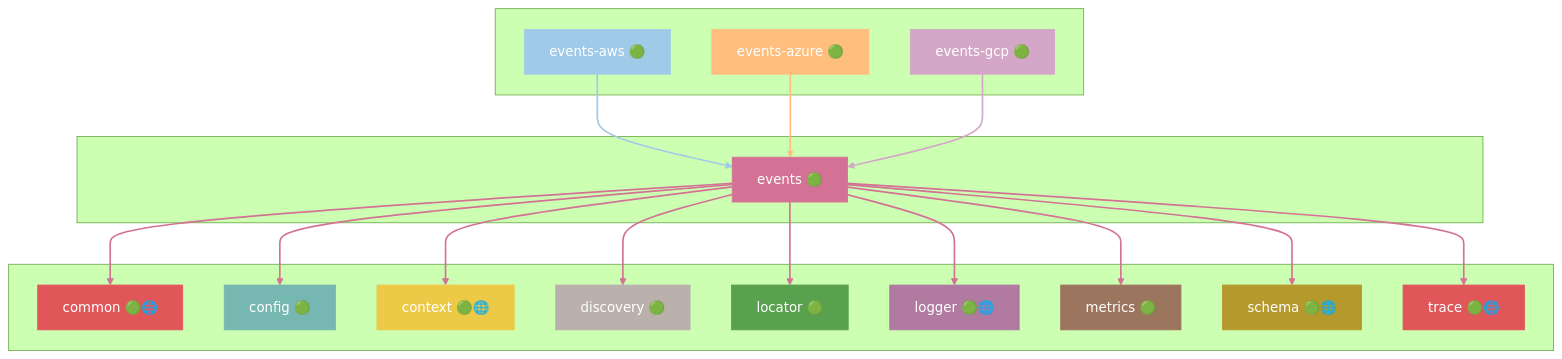
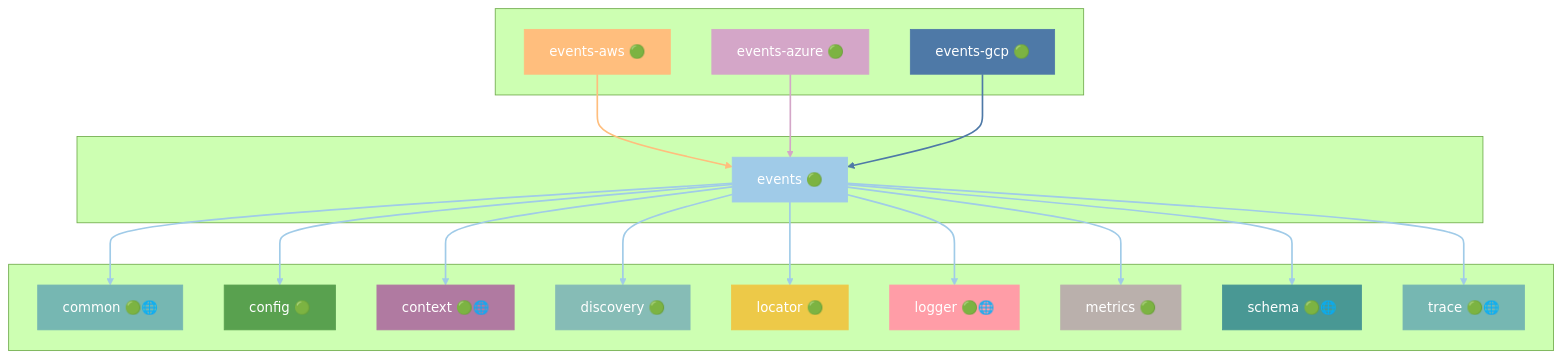
One commit to grest-ts/grest-ts changed diagram 17 of 43 in docs/DEPENDENCIES.md. Above: the diagram before and after it, drawn with Mermaid (forest theme). The commit also changed other lines of this file and 86 other files, not shown here.

````diff
--- a/docs/DEPENDENCIES.md
+++ b/docs/DEPENDENCIES.md
@@ -847,59 +897,59 @@
 ```mermaid
 flowchart TB
     subgraph Dependents[" "]
         events-aws["events-aws 🟢"]
         events-azure["events-azure 🟢"]
         events-gcp["events-gcp 🟢"]
     end
     subgraph Package[" "]
         events["events 🟢"]
     end
     subgraph Dependencies[" "]
         common["common 🟢🌐"]
         config["config 🟢"]
         context["context 🟢🌐"]
         discovery["discovery 🟢"]
         locator["locator 🟢"]
         logger["logger 🟢🌐"]
         metrics["metrics 🟢"]
         schema["schema 🟢🌐"]
         trace["trace 🟢🌐"]
     end
     events-aws --> events
     events-azure --> events
     events-gcp --> events
     events --> common
     events --> config
     events --> context
     events --> discovery
     events --> locator
     events --> logger
     events --> metrics
     events --> schema
     events --> trace
-    style events fill:#D37295,stroke:#D37295,color:#fff
-    style events-aws fill:#A0CBE8,stroke:#A0CBE8,color:#fff
-    style events-azure fill:#FFBE7D,stroke:#FFBE7D,color:#fff
-    style events-gcp fill:#D4A6C8,stroke:#D4A6C8,color:#fff
-    style common fill:#E15759,stroke:#E15759,color:#fff
-    style config fill:#76B7B2,stroke:#76B7B2,color:#fff
-    style context fill:#EDC948,stroke:#EDC948,color:#fff
-    style discovery fill:#BAB0AC,stroke:#BAB0AC,color:#fff
-    style locator fill:#59A14F,stroke:#59A14F,color:#fff
-    style logger fill:#B07AA1,stroke:#B07AA1,color:#fff
-    style metrics fill:#9C755F,stroke:#9C755F,color:#fff
-    style schema fill:#B6992D,stroke:#B6992D,color:#fff
-    style trace fill:#E15759,stroke:#E15759,color:#fff
-    linkStyle 0 stroke:#A0CBE8,stroke-width:2px
-    linkStyle 1 stroke:#FFBE7D,stroke-width:2px
-    linkStyle 2 stroke:#D4A6C8,stroke-width:2px
-    linkStyle 3 stroke:#D37295,stroke-width:2px
-    linkStyle 4 stroke:#D37295,stroke-width:2px
-    linkStyle 5 stroke:#D37295,stroke-width:2px
-    linkStyle 6 stroke:#D37295,stroke-width:2px
-    linkStyle 7 stroke:#D37295,stroke-width:2px
-    linkStyle 8 stroke:#D37295,stroke-width:2px
-    linkStyle 9 stroke:#D37295,stroke-width:2px
-    linkStyle 10 stroke:#D37295,stroke-width:2px
-    linkStyle 11 stroke:#D37295,stroke-width:2px
+    style events fill:#A0CBE8,stroke:#A0CBE8,color:#fff
+    style events-aws fill:#FFBE7D,stroke:#FFBE7D,color:#fff
+    style events-azure fill:#D4A6C8,stroke:#D4A6C8,color:#fff
+    style events-gcp fill:#4E79A7,stroke:#4E79A7,color:#fff
+    style common fill:#76B7B2,stroke:#76B7B2,color:#fff
+    style config fill:#59A14F,stroke:#59A14F,color:#fff
+    style context fill:#B07AA1,stroke:#B07AA1,color:#fff
+    style discovery fill:#86BCB6,stroke:#86BCB6,color:#fff
+    style locator fill:#EDC948,stroke:#EDC948,color:#fff
+    style logger fill:#FF9DA7,stroke:#FF9DA7,color:#fff
+    style metrics fill:#BAB0AC,stroke:#BAB0AC,color:#fff
+    style schema fill:#499894,stroke:#499894,color:#fff
+    style trace fill:#76B7B2,stroke:#76B7B2,color:#fff
+    linkStyle 0 stroke:#FFBE7D,stroke-width:2px
+    linkStyle 1 stroke:#D4A6C8,stroke-width:2px
+    linkStyle 2 stroke:#4E79A7,stroke-width:2px
+    linkStyle 3 stroke:#A0CBE8,stroke-width:2px
+    linkStyle 4 stroke:#A0CBE8,stroke-width:2px
+    linkStyle 5 stroke:#A0CBE8,stroke-width:2px
+    linkStyle 6 stroke:#A0CBE8,stroke-width:2px
+    linkStyle 7 stroke:#A0CBE8,stroke-width:2px
+    linkStyle 8 stroke:#A0CBE8,stroke-width:2px
+    linkStyle 9 stroke:#A0CBE8,stroke-width:2px
+    linkStyle 10 stroke:#A0CBE8,stroke-width:2px
+    linkStyle 11 stroke:#A0CBE8,stroke-width:2px
 ```
````
